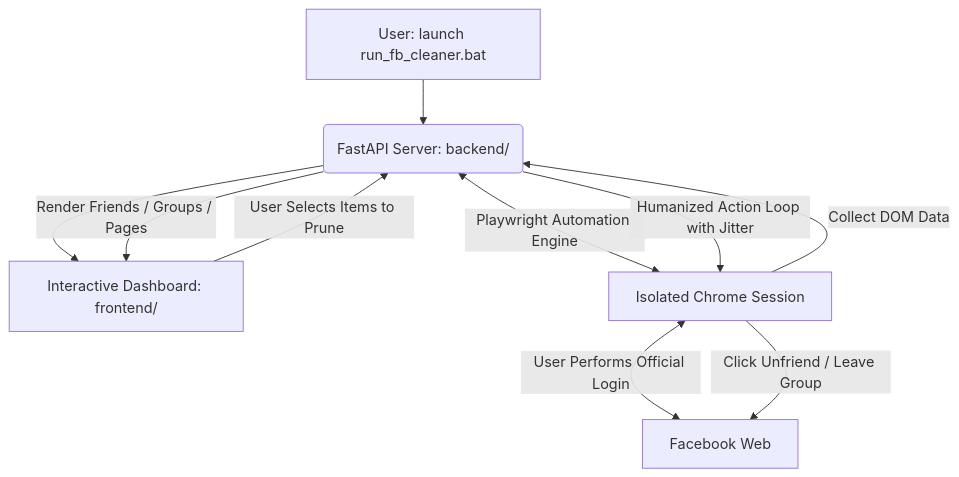
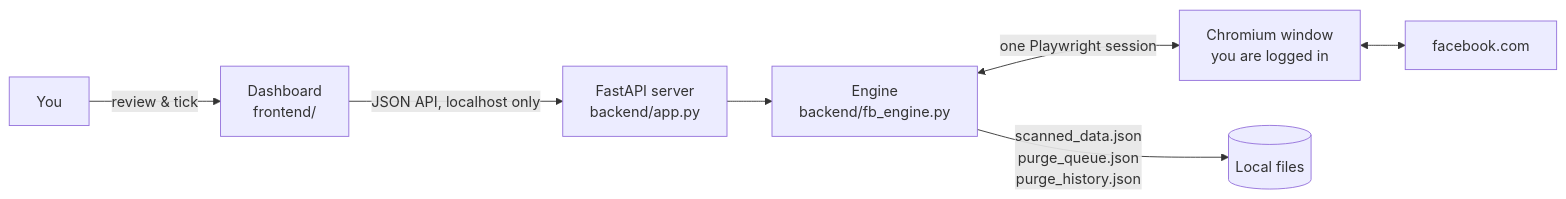
Before and after one commit to Kamran5H/FacebookCleaner: the diagram in README.md, drawn with Mermaid. The commit also changed other lines of this file and 6 other files, not shown here.

````diff
--- a/README.md
+++ b/README.md
@@ -42,12 +74,9 @@
 ```mermaid
-flowchart TD
-    A[User: launch run_fb_cleaner.bat] --> B(FastAPI Server: backend/)
-    B --> C[Interactive Dashboard: frontend/]
-    B <-->|Playwright Automation Engine| D[Isolated Chrome Session]
-    D <-->|User Performs Official Login| E[Facebook Web]
-    D -->|Collect DOM Data| B
-    B -->|Render Friends / Groups / Pages| C
-    C -->|User Selects Items to Prune| B
-    B -->|Humanized Action Loop with Jitter| D
-    D -->|Click Unfriend / Leave Group| E
+flowchart LR
+    U[You] -->|review & tick| D[Dashboard<br/>frontend/]
+    D -->|JSON API, localhost only| S[FastAPI server<br/>backend/app.py]
+    S --> E[Engine<br/>backend/fb_engine.py]
+    E <-->|one Playwright session| B[Chromium window<br/>you are logged in]
+    B <--> F[facebook.com]
+    E -->|scanned_data.json<br/>purge_queue.json<br/>purge_history.json| L[(Local files)]
 ```
````
